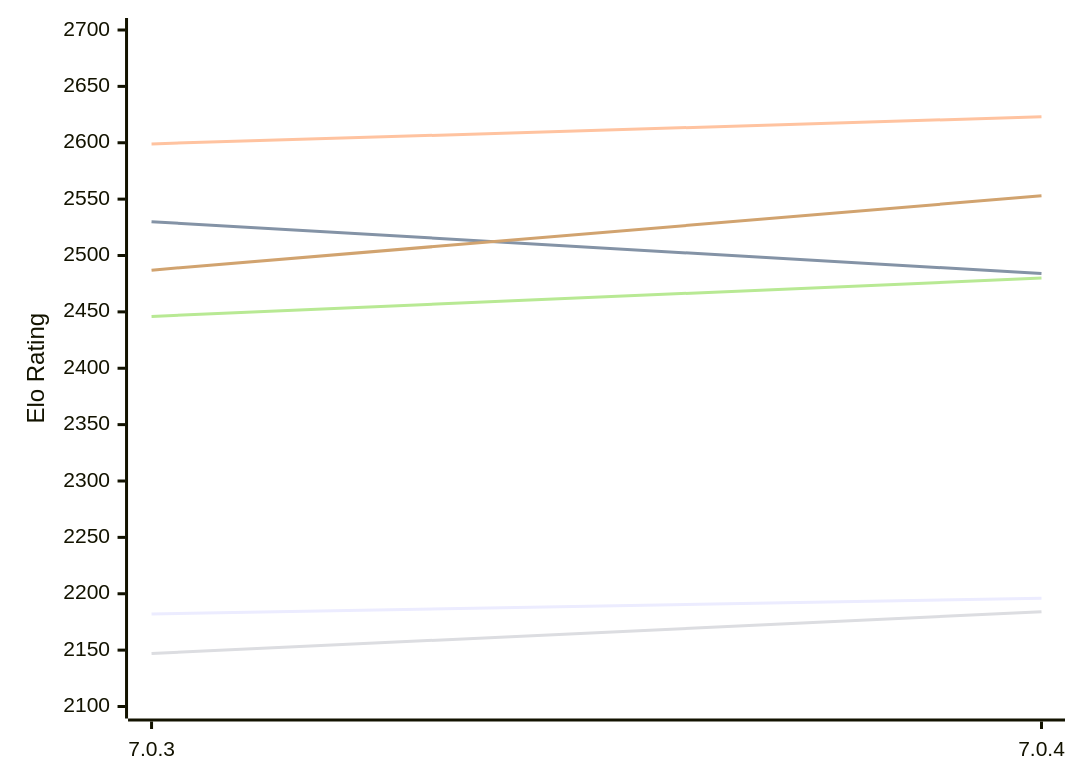
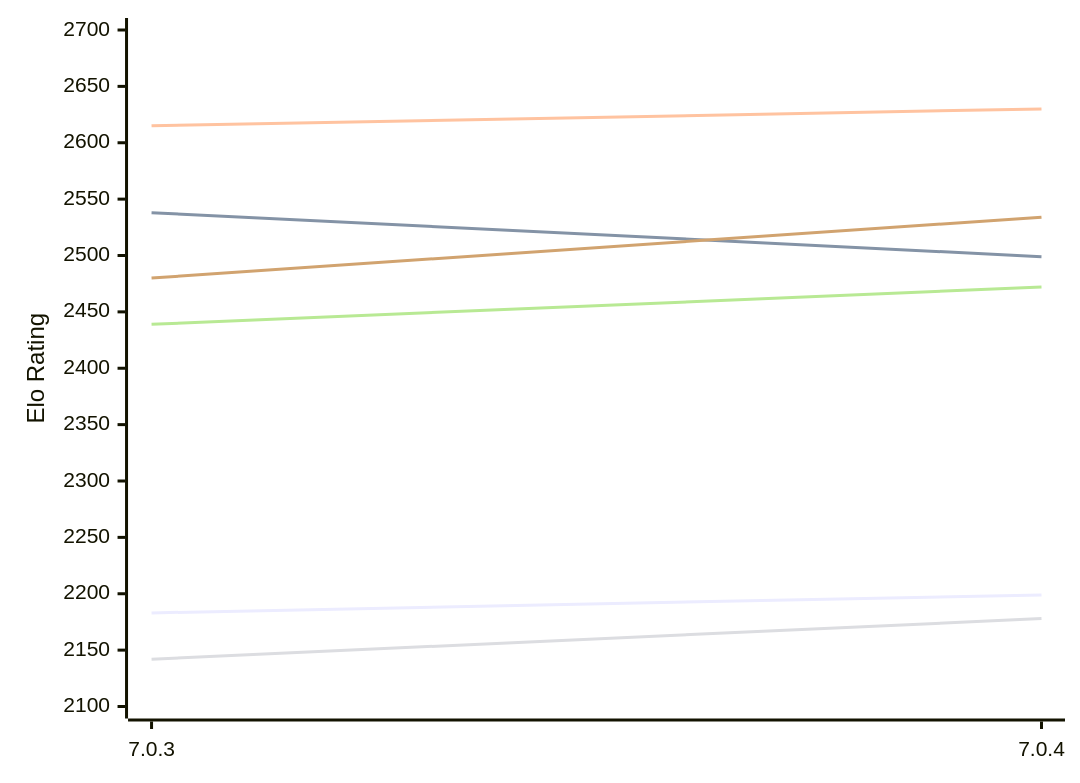
Before and after one commit to computer-chess-index/cci: the diagram in engines/Buster.md, drawn with Mermaid. The commit also changed other lines of this file, not shown here.

Commit message:
Update CCI Ratings (ELO VLTC) - 2026-11-14

````diff
--- a/engines/Buster.md
+++ b/engines/Buster.md
@@ -49,12 +49,12 @@
 ```mermaid
 %%{init: {"theme":"base","themeVariables":{"seriesColors:['#a3a3a3','#222221','#faa371']}}}%%
 xychart-beta
   x-axis ["7.0.3", "7.0.4"]
   y-axis "Elo Rating" 2100 --> 2700
-  line "E1: STC (8.0+0.08s)" [2182, 2196]
-  line "E1: LTC (60.0+0.60s)" [2530, 2484]
-  line "E1: VLTC (2m24s+1.12s)" [2599, 2623]
-  line "P1: STC (8.0+0.08s)" [2147, 2184]
-  line "P1: LTC (60.0+0.60s)" [2446, 2480]
-  line "P1: VLTC (2m24s+1.12s)" [2487, 2553]
+  line "E1: STC (8.0+0.08s)" [2183, 2199]
+  line "E1: LTC (60.0+0.60s)" [2538, 2499]
+  line "E1: VLTC (2m24s+1.12s)" [2615, 2630]
+  line "P1: STC (8.0+0.08s)" [2142, 2178]
+  line "P1: LTC (60.0+0.60s)" [2439, 2472]
+  line "P1: VLTC (2m24s+1.12s)" [2480, 2534]
 ```
````
